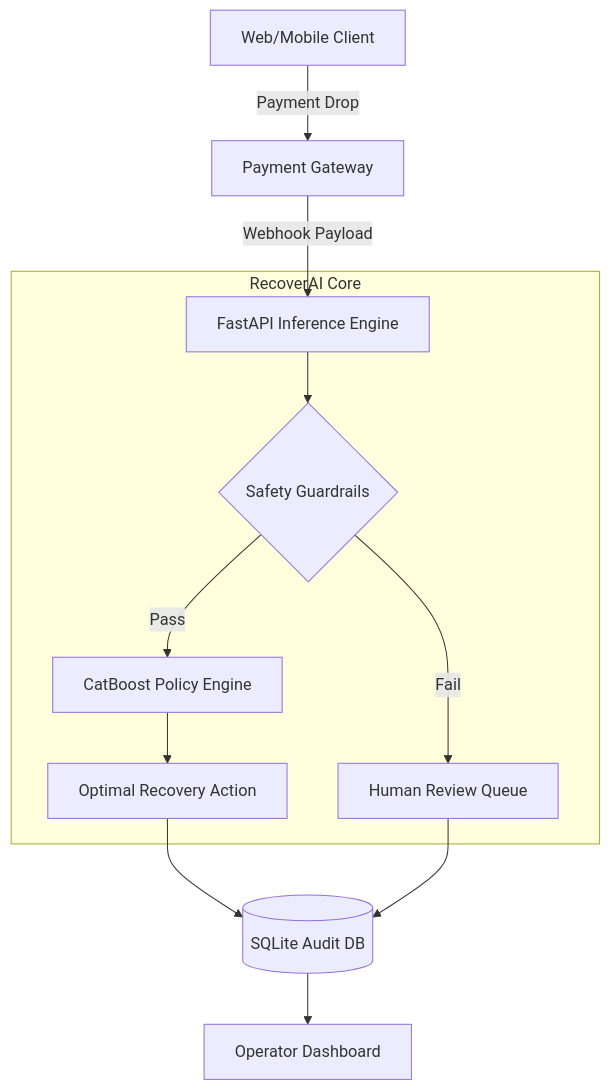
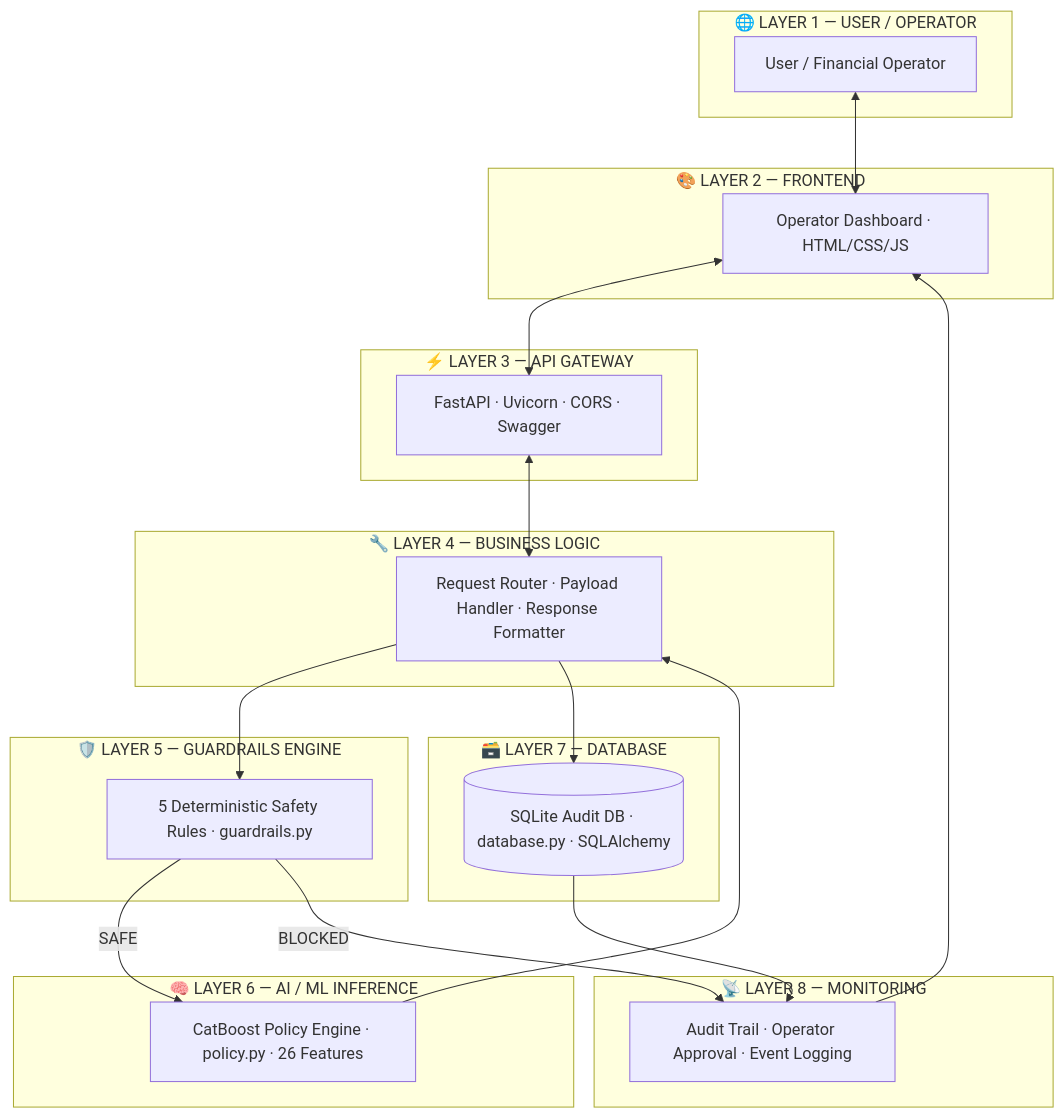
One commit to viRAJ357/RecoverAI-Guardrails changed the diagram in README.md. Above: the diagram before and after it, drawn with Mermaid. The commit also changed other lines of this file and 11 other files, not shown here.

Commit message:
feat: Complete premium README with 10 animated SVG workflow diagrams

````diff
--- a/README.md
+++ b/README.md
@@ -51,16 +177,38 @@
 ```mermaid
-graph TD
-    Client[Web/Mobile Client] -->|Payment Drop| Gateway[Payment Gateway]
-    Gateway -->|Webhook Payload| API[FastAPI Inference Engine]
-    
-    subgraph RecoverAI Core
-        API --> Guardrails{Safety Guardrails}
-        Guardrails -->|Fail| Human[Human Review Queue]
-        Guardrails -->|Pass| Policy[CatBoost Policy Engine]
-        Policy --> Output[Optimal Recovery Action]
+graph TB
+    subgraph "🌐 LAYER 1 — USER / OPERATOR"
+        U[User / Financial Operator]
     end
-    
-    Output --> Audit[(SQLite Audit DB)]
-    Human --> Audit
-    Audit --> Dashboard[Operator Dashboard]
+    subgraph "🎨 LAYER 2 — FRONTEND"
+        FE[Operator Dashboard · HTML/CSS/JS]
+    end
+    subgraph "⚡ LAYER 3 — API GATEWAY"
+        API[FastAPI · Uvicorn · CORS · Swagger]
+    end
+    subgraph "🔧 LAYER 4 — BUSINESS LOGIC"
+        BL[Request Router · Payload Handler · Response Formatter]
+    end
+    subgraph "🛡️ LAYER 5 — GUARDRAILS ENGINE"
+        GR[5 Deterministic Safety Rules · guardrails.py]
+    end
+    subgraph "🧠 LAYER 6 — AI / ML INFERENCE"
+        ML[CatBoost Policy Engine · policy.py · 26 Features]
+    end
+    subgraph "🗃️ LAYER 7 — DATABASE"
+        DB[(SQLite Audit DB · database.py · SQLAlchemy)]
+    end
+    subgraph "📡 LAYER 8 — MONITORING"
+        MON[Audit Trail · Operator Approval · Event Logging]
+    end
+
+    U <--> FE
+    FE <--> API
+    API <--> BL
+    BL --> GR
+    GR -->|SAFE| ML
+    GR -->|BLOCKED| MON
+    ML --> BL
+    BL --> DB
+    DB --> MON
+    MON --> FE
 ```
````
